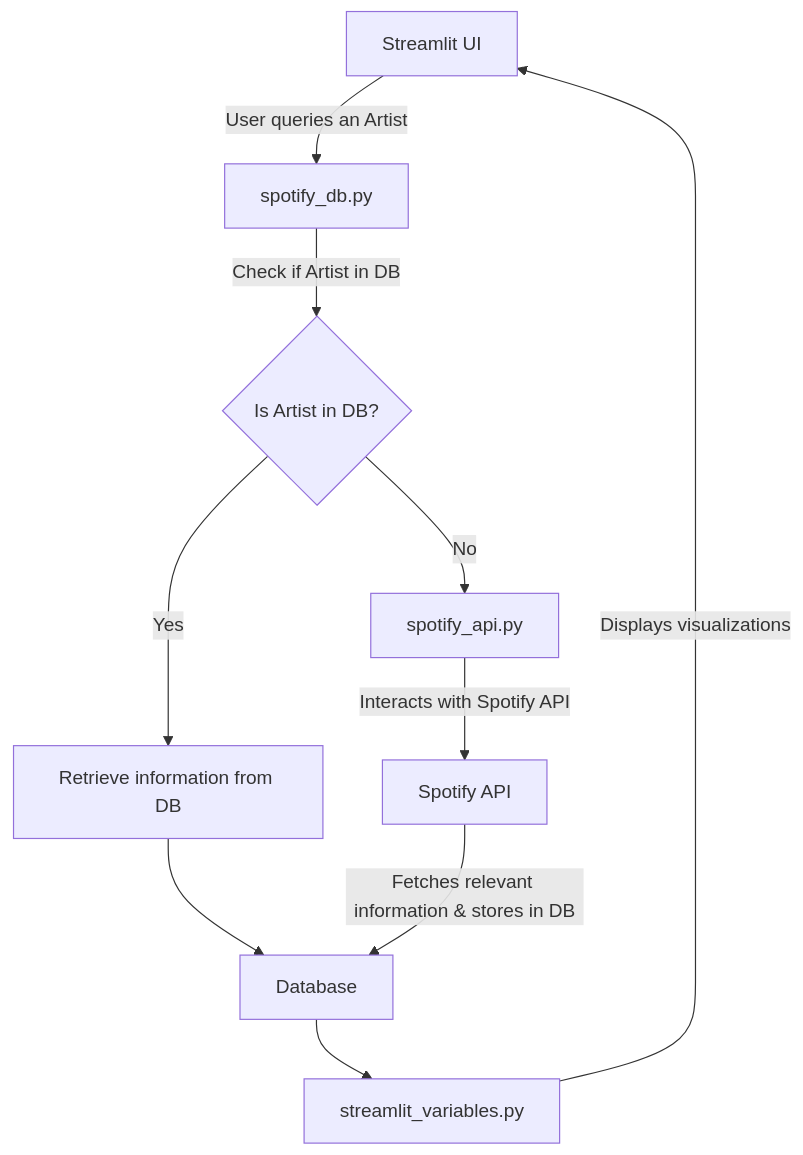
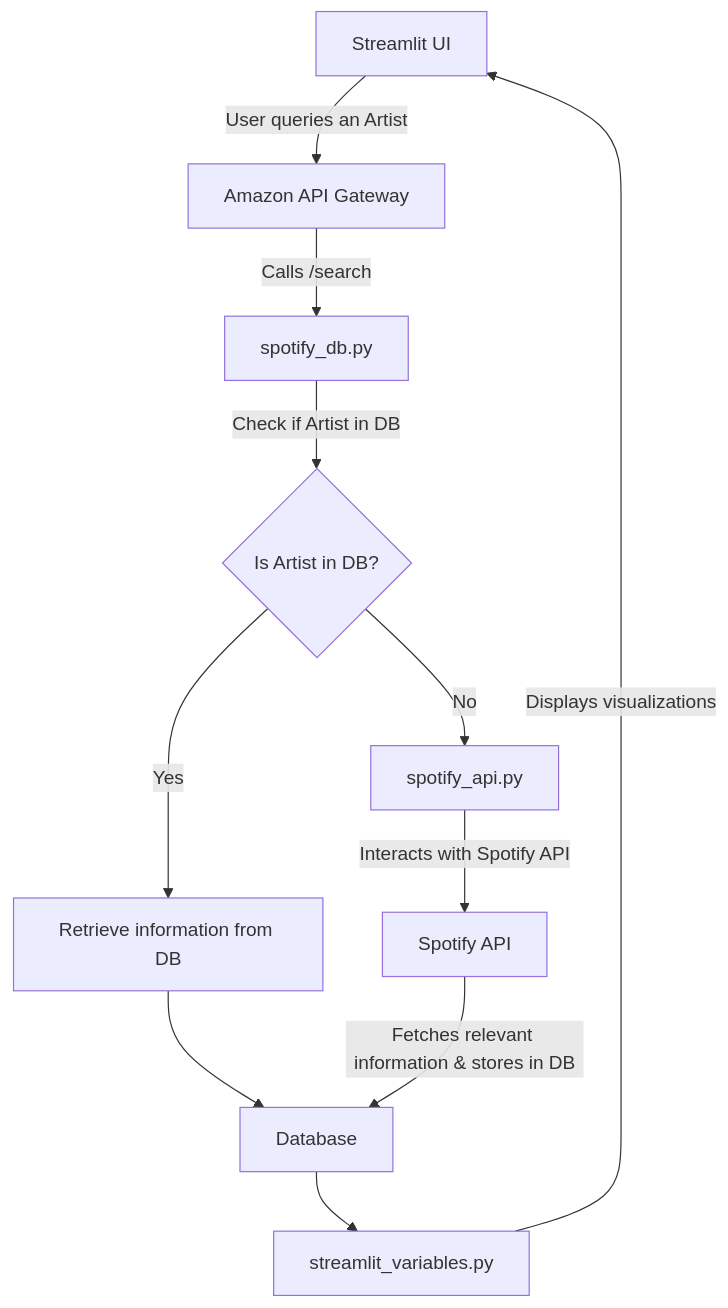
The fourth of 4 diagrams in flowchart.md (michaelareyes/608-spotify-app), drawn with Mermaid before and after one commit. The commit also changed other lines of this file, not shown here.

````diff
--- a/flowchart.md
+++ b/flowchart.md
@@ -84,17 +85,18 @@
 ```mermaid
-graph TD;
-    Streamlit_UI --> |User queries an Artist| spotify_db_py
+graph TB;
+    Streamlit_UI --> |User queries an Artist| API[Amazon API Gateway]
+    API --> |Calls /search| spotify_db_py
     CheckArtist -->|No| spotify_api_py[spotify_api.py]
     spotify_api_py -->|Interacts with Spotify API| Spotify_API[Spotify API]
 
     spotify_db_py[spotify_db.py] -->|Check if Artist in DB| CheckArtist{Is Artist in DB?}
     
     CheckArtist -->|Yes| RetrieveInfo[Retrieve information from DB]
     RetrieveInfo -->engine
     engine --> streamlit_variables.py
 
     streamlit_variables.py -->|Displays visualizations| Streamlit_UI[Streamlit UI]
     
     Spotify_API -->|Fetches relevant information & stores in DB| engine[Database]
 
 ```
````
